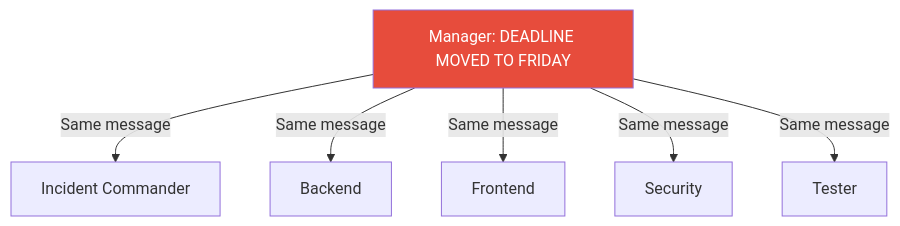
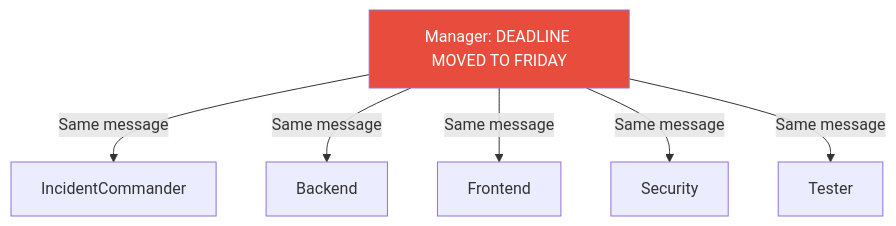
Before and after one commit to Sujalkathait/-AI-Agent-Security-Playbook.: diagram 32 of 53 in AI Agent Communication.md, drawn with Mermaid. The commit also changed other lines of this file, not shown here.

Commit message:
fix: resolve mermaid syntax errors by removing spaces from node IDs

````diff
--- a/AI Agent Communication.md
+++ b/AI Agent Communication.md
@@ -974,17 +974,17 @@
 ```mermaid
 graph TD
   Manager[" Manager: DEADLINE MOVED TO FRIDAY"]
-  A[" Incident Commander"]
+  A[" IncidentCommander"]
   B[" Backend"]
   C[" Frontend"]
   D[" Security"]
   E[" Tester"]
 
   Manager -->|Same message| A
   Manager -->|Same message| B
   Manager -->|Same message| C
   Manager -->|Same message| D
   Manager -->|Same message| E
 
   style Manager fill:#e74c3c,color:white
 ```
````
